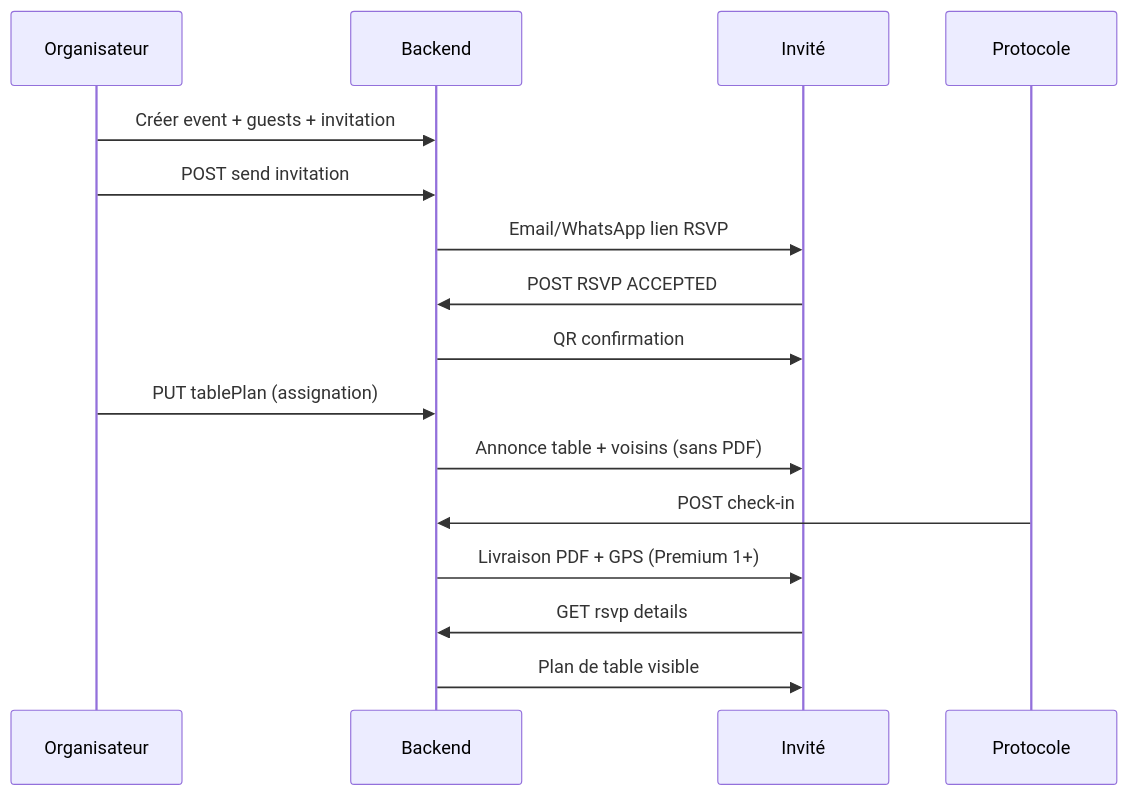
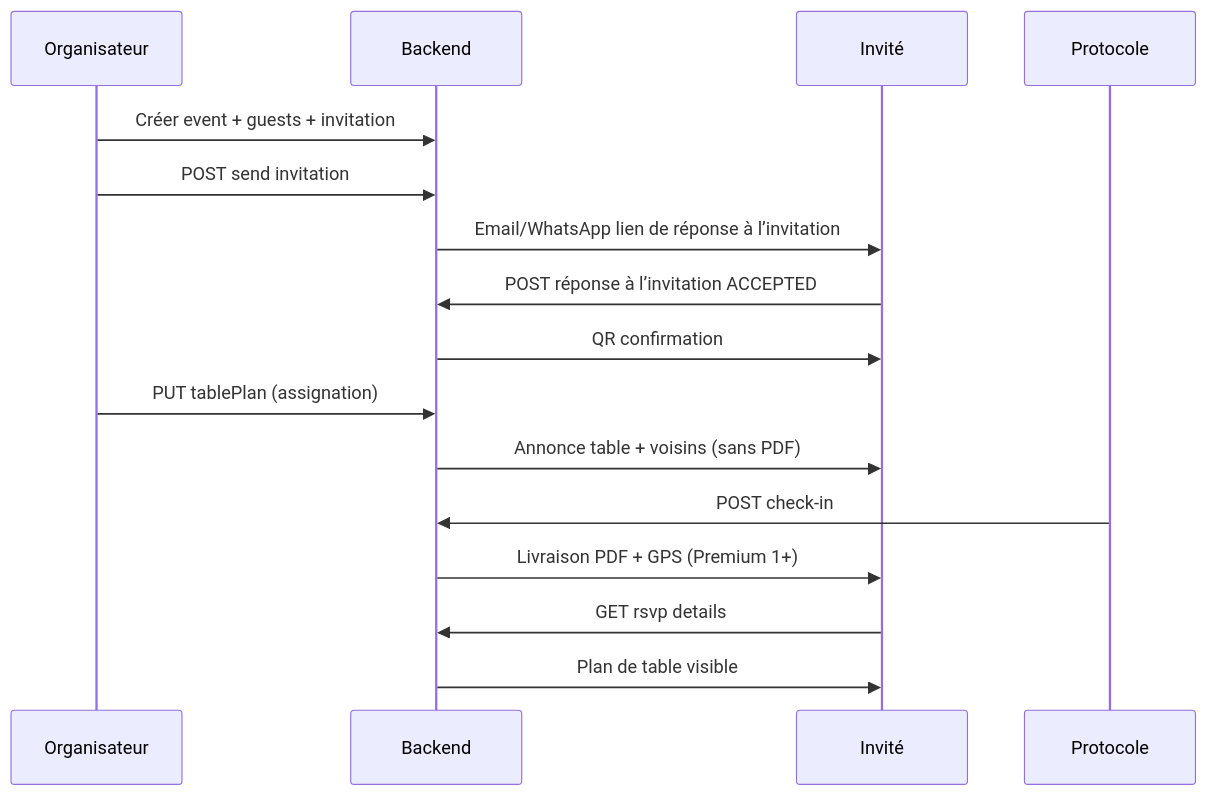
Before and after one commit to jeereq/eventMaster: the diagram in docs/ANALYSE-FLUX-PLATEFORME.md, drawn with Mermaid. The commit also changed other lines of this file and 98 other files, not shown here.

Commit message:
feat: update terminology and text for RSVP to "réponse à l’invitation" across documentation and codebase; enhance clarity and consistency in user communications and system messages

````diff
--- a/docs/ANALYSE-FLUX-PLATEFORME.md
+++ b/docs/ANALYSE-FLUX-PLATEFORME.md
@@ -235,19 +235,19 @@
 ```mermaid
 sequenceDiagram
   participant Org as Organisateur
   participant API as Backend
   participant G as Invité
   participant Proto as Protocole
 
   Org->>API: Créer event + guests + invitation
   Org->>API: POST send invitation
-  API->>G: Email/WhatsApp lien RSVP
-  G->>API: POST RSVP ACCEPTED
+  API->>G: Email/WhatsApp lien de réponse à l’invitation
+  G->>API: POST réponse à l’invitation ACCEPTED
   API->>G: QR confirmation
   Org->>API: PUT tablePlan (assignation)
   API->>G: Annonce table + voisins (sans PDF)
   Proto->>API: POST check-in
   API->>G: Livraison PDF + GPS (Premium 1+)
   G->>API: GET rsvp details
   API->>G: Plan de table visible
 ```
````
